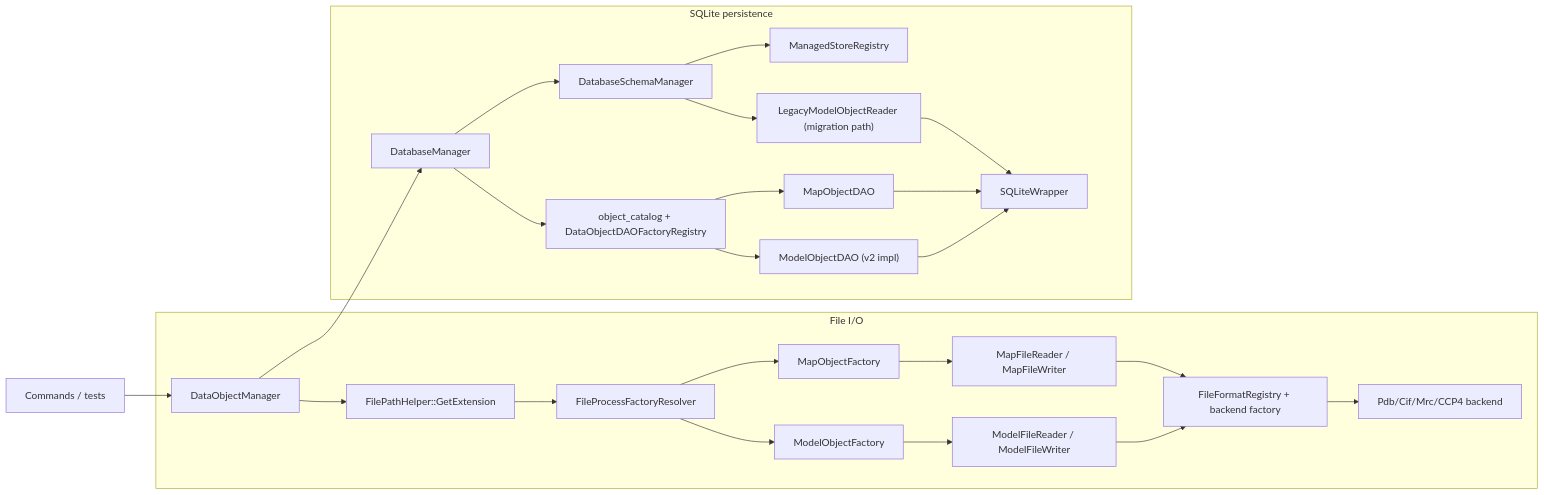
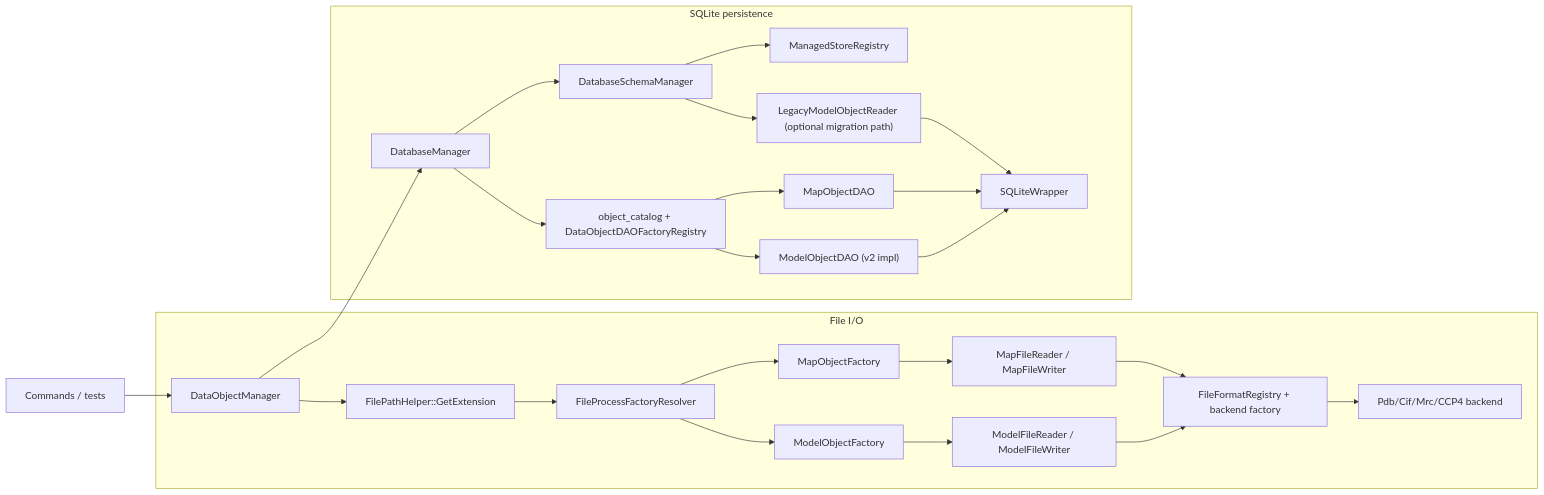
The diagram in docs/developer/architecture/dataobject-io-architecture.md (yslianTim/rhbm_gem), drawn with Mermaid before and after one commit. The commit also changed other lines of this file and 1 other file, not shown here.

Commit message:
Update dataobject-io-architecture.md and dataobject-typed-dispatch-architecture.md

````diff
--- a/docs/developer/architecture/dataobject-io-architecture.md
+++ b/docs/developer/architecture/dataobject-io-architecture.md
@@ -44,29 +44,29 @@
 ```mermaid
 flowchart LR
     A["Commands / tests"] --> B["DataObjectManager"]
 
     subgraph F["File I/O"]
         B --> C["FilePathHelper::GetExtension"]
         C --> D["FileProcessFactoryResolver"]
         D --> E["ModelObjectFactory"]
         D --> F2["MapObjectFactory"]
         E --> G["ModelFileReader / ModelFileWriter"]
         F2 --> H["MapFileReader / MapFileWriter"]
         G --> I["FileFormatRegistry + backend factory"]
         H --> I
         I --> J["Pdb/Cif/Mrc/CCP4 backend"]
     end
 
     subgraph P["SQLite persistence"]
         B --> L["DatabaseManager"]
         L --> M["DatabaseSchemaManager"]
         M --> M2["ManagedStoreRegistry"]
         L --> N["object_catalog + DataObjectDAOFactoryRegistry"]
         N --> O["ModelObjectDAO (v2 impl)"]
         N --> P2["MapObjectDAO"]
-        M --> Q["LegacyModelObjectReader (migration path)"]
+        M --> Q["LegacyModelObjectReader (optional migration path)"]
         O --> R["SQLiteWrapper"]
         P2 --> R
         Q --> R
     end
 ```
````
